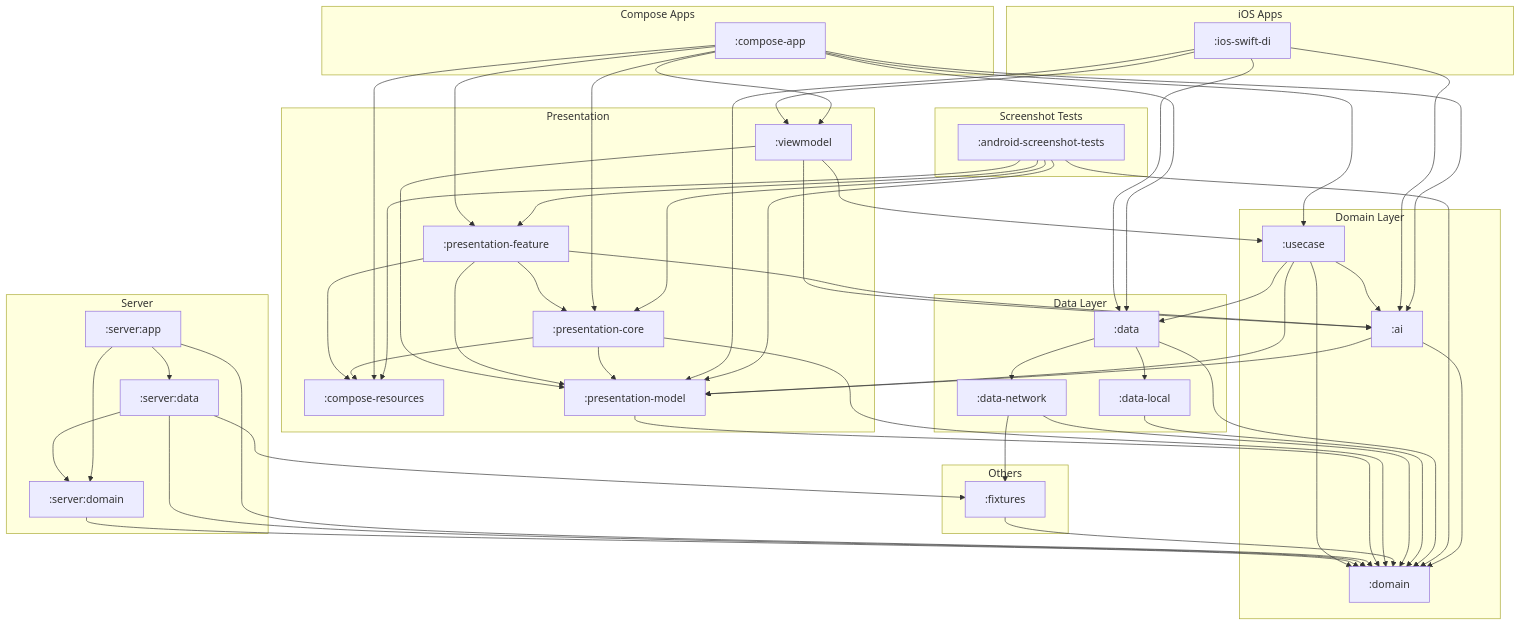
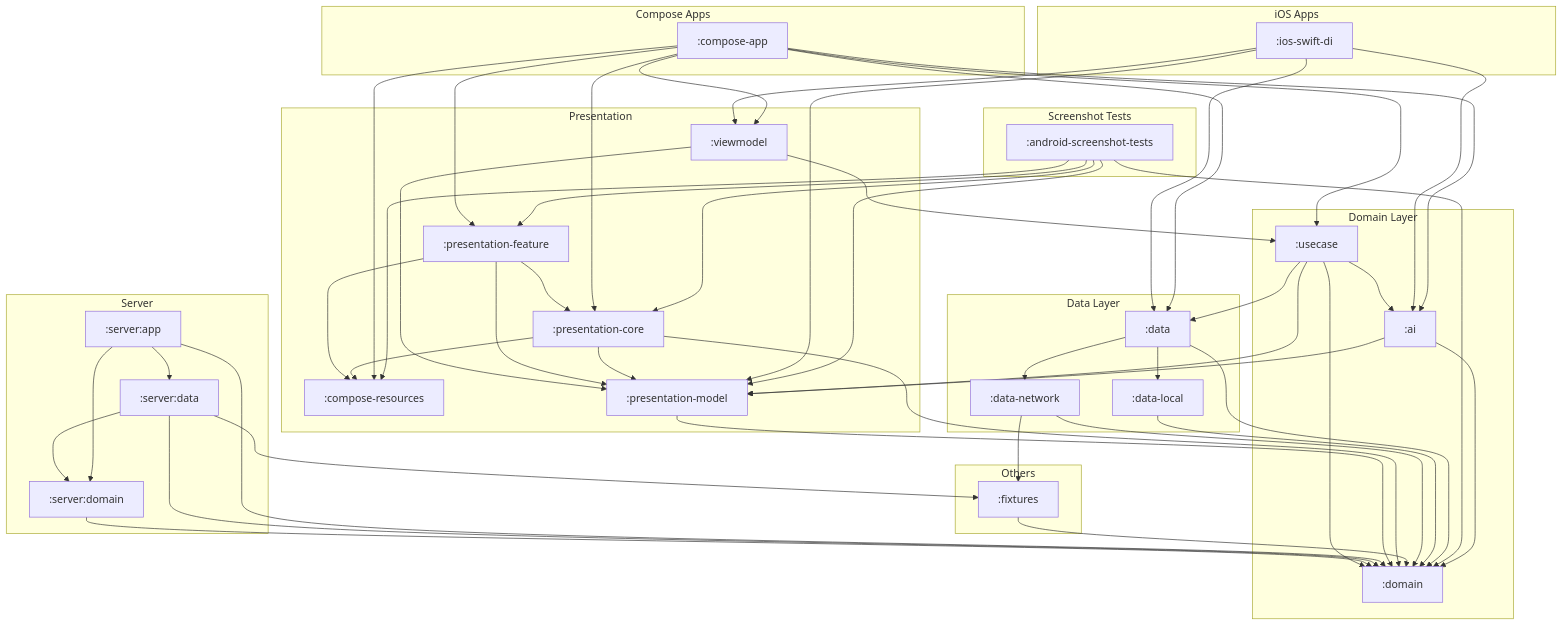
The diagram in docs/diagrams/kotlin_module_structure.mmd (cartland/battery-butler), drawn with Mermaid before and after one commit. The commit also changed 4 other files, not shown here.

```diff
--- a/docs/diagrams/kotlin_module_structure.mmd
+++ b/docs/diagrams/kotlin_module_structure.mmd
@@ -1,106 +1,104 @@
 graph TD
     subgraph "iOS Apps"
         IosSwiftDi[":ios-swift-di"]
     end
 
     subgraph "Compose Apps"
         ComposeApp[":compose-app"]
     end
 
     subgraph "Server"
         ServerApp[":server:app"]
         ServerData[":server:data"]
         ServerDomain[":server:domain"]
     end
 
     subgraph "Presentation"
         ComposeResources[":compose-resources"]
         PresentationCore[":presentation-core"]
         PresentationFeature[":presentation-feature"]
         PresentationModel[":presentation-model"]
         Viewmodel[":viewmodel"]
     end
 
     subgraph "Domain Layer"
         Ai[":ai"]
         Domain[":domain"]
         Usecase[":usecase"]
     end
 
     subgraph "Data Layer"
         Data[":data"]
         DataLocal[":data-local"]
         DataNetwork[":data-network"]
     end
 
     subgraph "Screenshot Tests"
         AndroidScreenshotTests[":android-screenshot-tests"]
     end
 
     subgraph "Others"
         Fixtures[":fixtures"]
     end
 
     %% Dependencies
     Ai --> Domain
     Ai --> PresentationModel
 
     AndroidScreenshotTests --> ComposeResources
     AndroidScreenshotTests --> Domain
     AndroidScreenshotTests --> PresentationCore
     AndroidScreenshotTests --> PresentationFeature
     AndroidScreenshotTests --> PresentationModel
 
     ComposeApp --> Ai
     ComposeApp --> ComposeResources
     ComposeApp --> Data
     ComposeApp --> PresentationCore
     ComposeApp --> PresentationFeature
     ComposeApp --> Usecase
     ComposeApp --> Viewmodel
 
     Data --> DataLocal
     Data --> DataNetwork
     Data --> Domain
 
     DataLocal --> Domain
 
     DataNetwork --> Domain
     DataNetwork --> Fixtures
 
     Fixtures --> Domain
 
     IosSwiftDi --> Ai
     IosSwiftDi --> Data
     IosSwiftDi --> PresentationModel
     IosSwiftDi --> Viewmodel
 
     PresentationCore --> ComposeResources
     PresentationCore --> Domain
     PresentationCore --> PresentationModel
 
-    PresentationFeature --> Ai
     PresentationFeature --> ComposeResources
     PresentationFeature --> PresentationCore
     PresentationFeature --> PresentationModel
 
     PresentationModel --> Domain
 
     ServerApp --> Domain
     ServerApp --> ServerData
     ServerApp --> ServerDomain
 
     ServerData --> Domain
     ServerData --> Fixtures
     ServerData --> ServerDomain
 
     ServerDomain --> Domain
 
     Usecase --> Ai
     Usecase --> Data
     Usecase --> Domain
     Usecase --> PresentationModel
 
-    Viewmodel --> Ai
     Viewmodel --> PresentationModel
     Viewmodel --> Usecase
```
